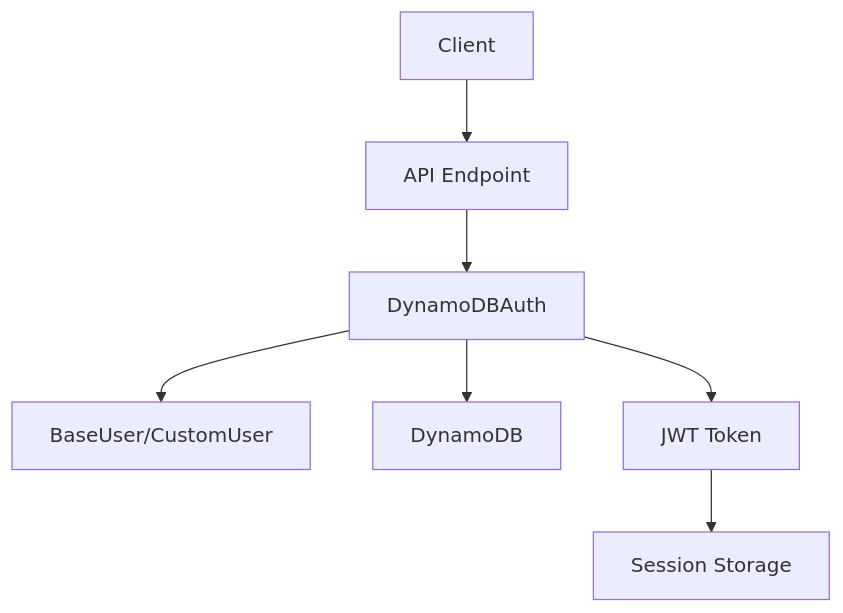
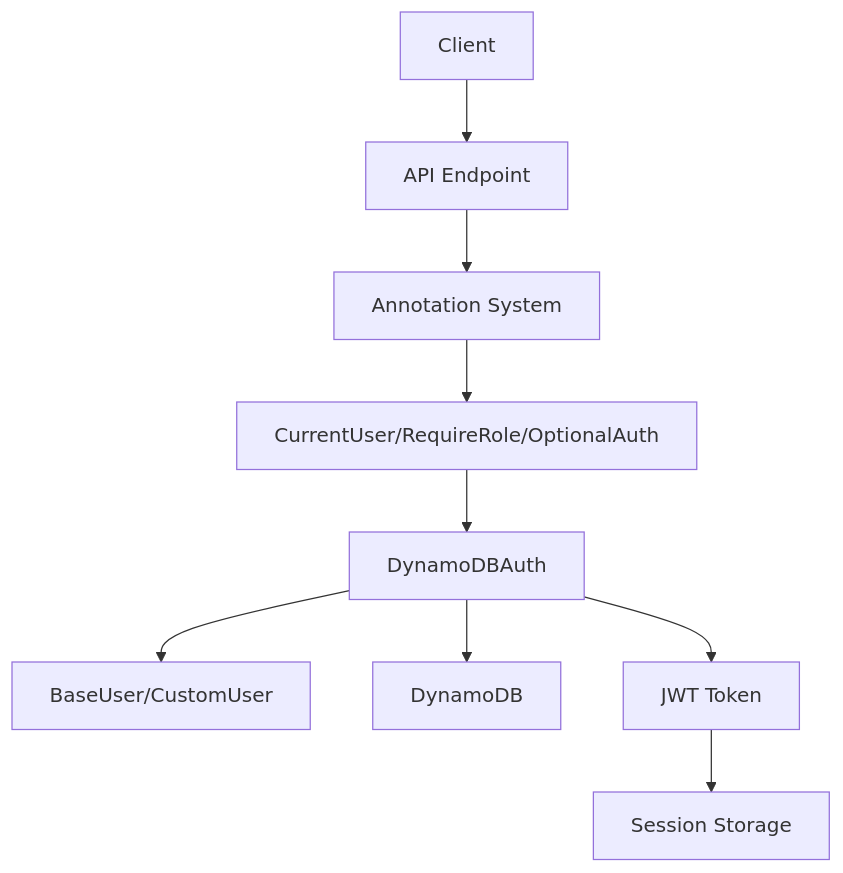
One commit to sskyh0208/lambapi changed the diagram in docs/guides/authentication.md. Above: the diagram before and after it, drawn with Mermaid. The commit also changed other lines of this file and 20 other files, not shown here.

````diff
--- a/docs/guides/authentication.md
+++ b/docs/guides/authentication.md
@@ -18,9 +38,11 @@
 ```mermaid
 graph TD
     A[Client] --> B[API Endpoint]
-    B --> C[DynamoDBAuth]
-    C --> D[BaseUser/CustomUser]
-    C --> E[DynamoDB]
-    C --> F[JWT Token]
-    F --> G[Session Storage]
+    B --> C[Annotation System]
+    C --> D[CurrentUser/RequireRole/OptionalAuth]
+    D --> E[DynamoDBAuth]
+    E --> F[BaseUser/CustomUser]
+    E --> G[DynamoDB]
+    E --> H[JWT Token]
+    H --> I[Session Storage]
 ```
````
